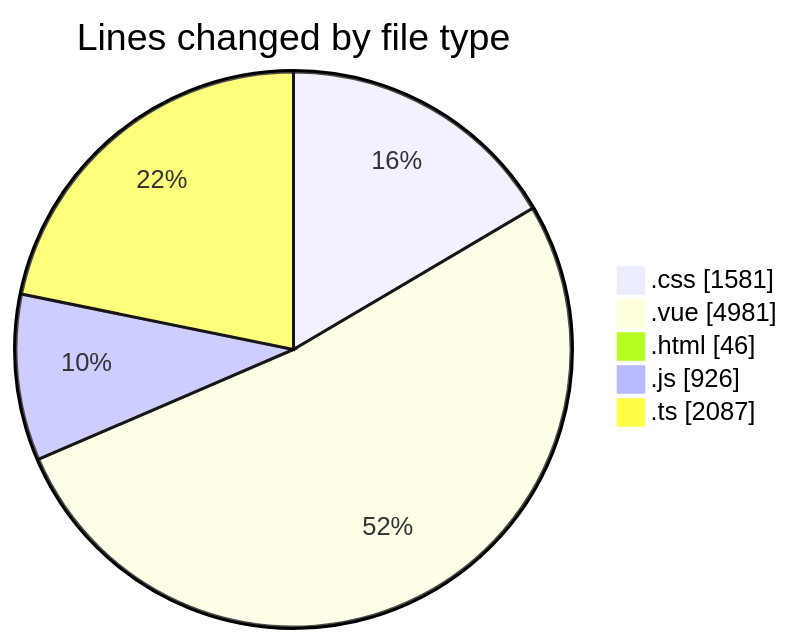
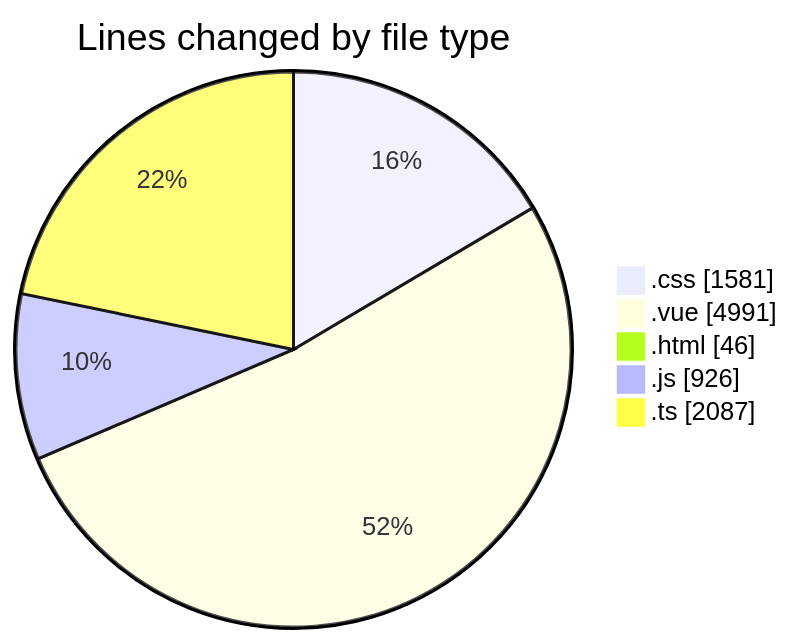
Before and after one commit to lephambinh05/code-tracking: the first of 2 diagrams in 2025-08-18/rentotp/README.md, drawn with Mermaid. The commit also changed other lines of this file and 1 other file, not shown here.

````diff
--- a/2025-08-18/rentotp/README.md
+++ b/2025-08-18/rentotp/README.md
@@ -51,9 +51,9 @@
 ```mermaid
 pie showData
 title Lines changed by file type
 ".css" : 1581
-".vue" : 4981
+".vue" : 4991
 ".html" : 46
 ".js" : 926
 ".ts" : 2087
 ```
````
